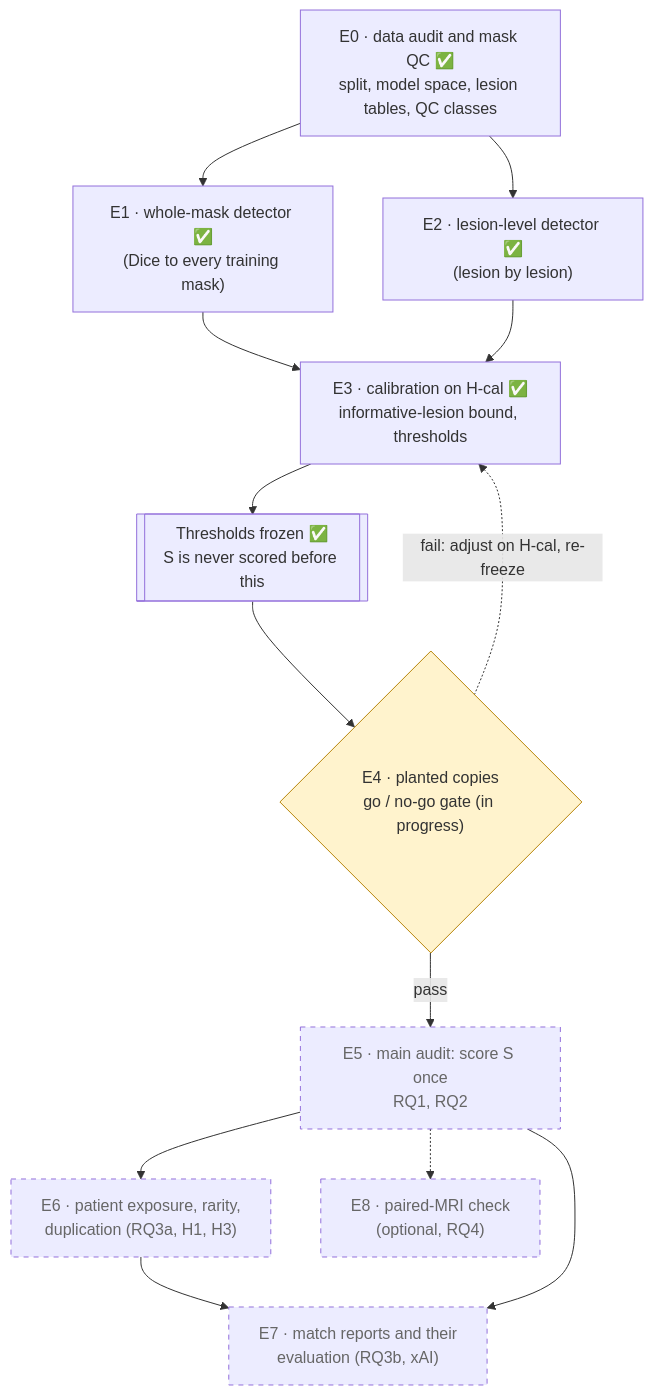
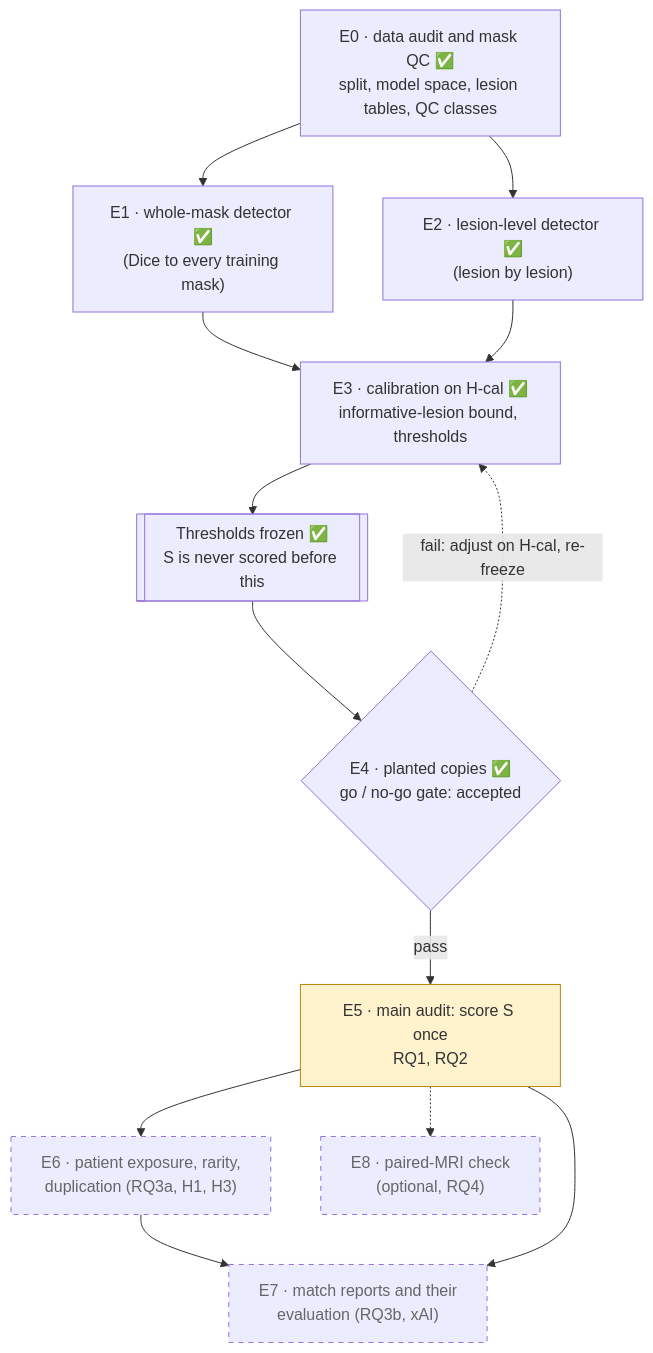
Before and after one commit to mattia3003/MT_project: the first of 2 diagrams in docs/architecture.md, drawn with Mermaid. The commit also changed other lines of this file and 12 other files, not shown here.

````diff
--- a/docs/architecture.md
+++ b/docs/architecture.md
@@ -28,26 +27,26 @@
 ```mermaid
 flowchart TD
     E0["E0 · data audit and mask QC ✅<br/>split, model space, lesion tables, QC classes"]
     E1["E1 · whole-mask detector ✅<br/>(Dice to every training mask)"]
     E2["E2 · lesion-level detector ✅<br/>(lesion by lesion)"]
     E3["E3 · calibration on H-cal ✅<br/>informative-lesion bound, thresholds"]
     FREEZE[["Thresholds frozen ✅<br/>S is never scored before this"]]
-    E4{"E4 · planted copies<br/>go / no-go gate (in progress)"}
+    E4{"E4 · planted copies ✅<br/>go / no-go gate: accepted"}
     E5["E5 · main audit: score S once<br/>RQ1, RQ2"]
     E6["E6 · patient exposure, rarity,<br/>duplication (RQ3a, H1, H3)"]
     E7["E7 · match reports and their<br/>evaluation (RQ3b, xAI)"]
     E8["E8 · paired-MRI check<br/>(optional, RQ4)"]
 
     E0 --> E1 & E2
     E1 & E2 --> E3 --> FREEZE --> E4
     E4 -->|pass| E5
     E4 -.->|"fail: adjust on H-cal, re-freeze"| E3
     E5 --> E6 --> E7
     E5 --> E7
     E5 -.-> E8
 
     classDef next fill:#fff3cd,stroke:#b8860b
     classDef planned stroke-dasharray: 5 5,color:#666
-    class E4 next
-    class E5,E6,E7,E8 planned
+    class E5 next
+    class E6,E7,E8 planned
 ```
````
